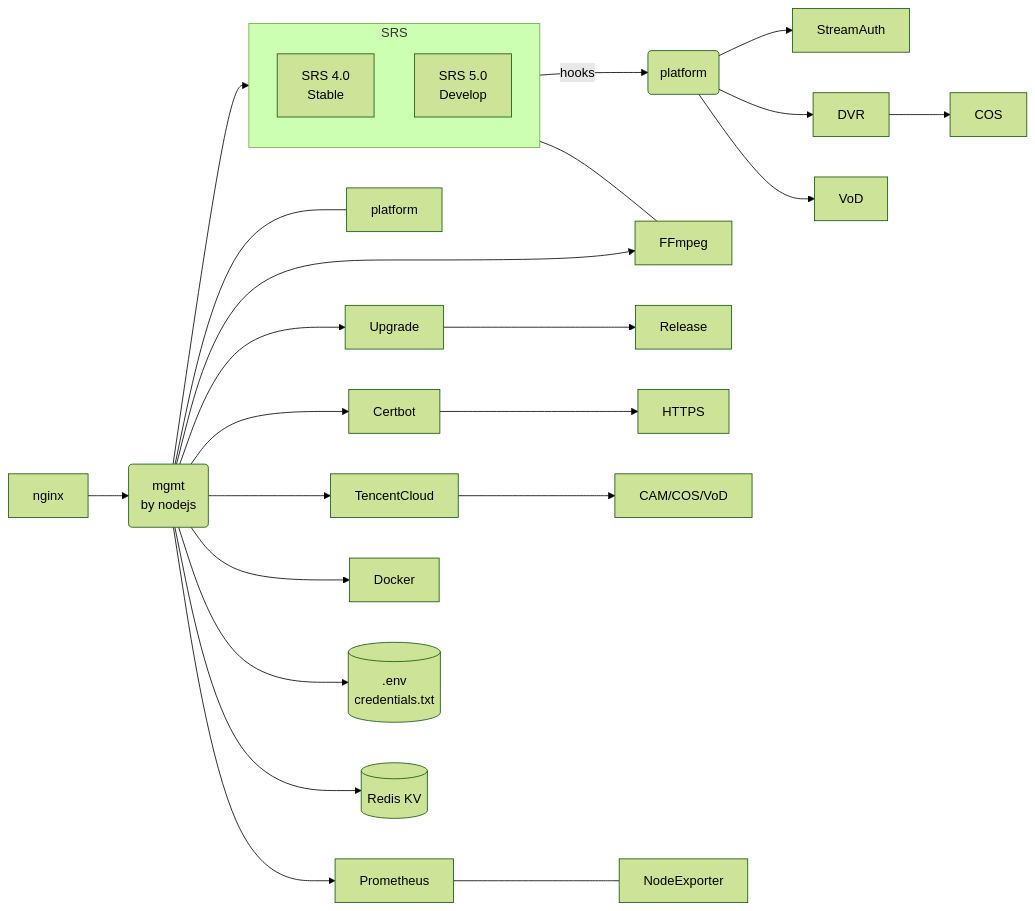
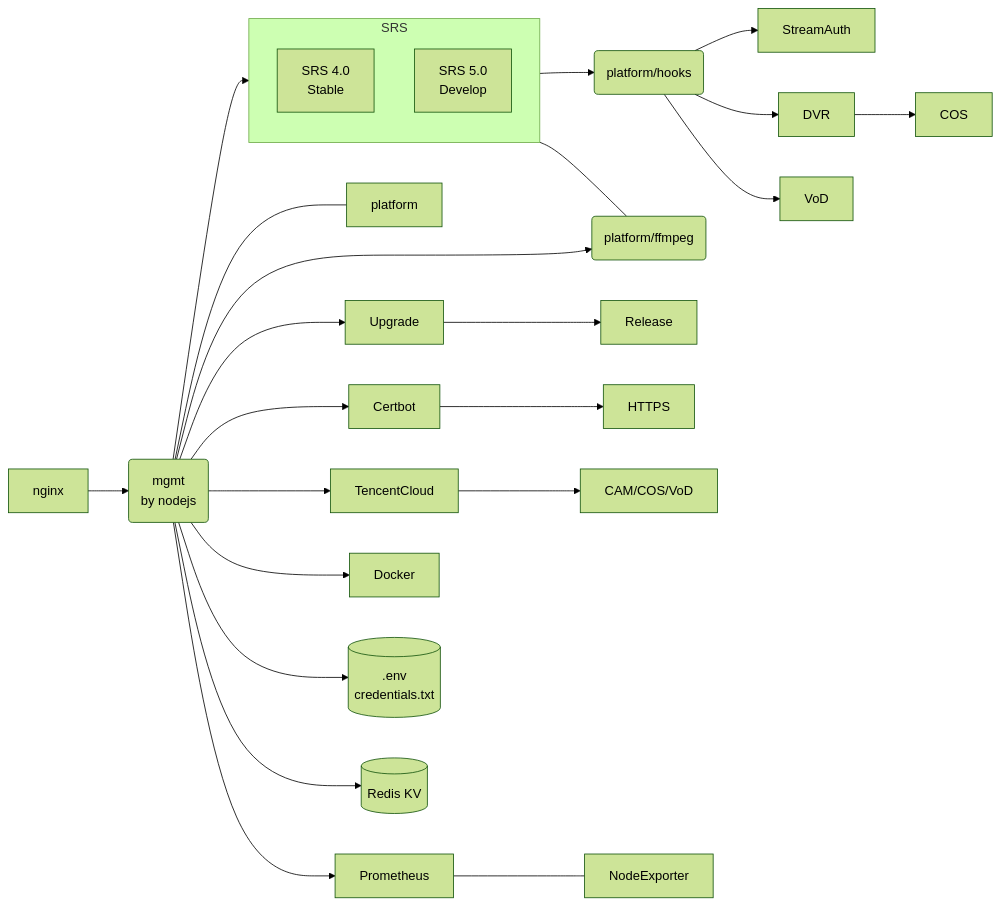
Before and after one commit to ossrs/oryx: the first of 2 diagrams in README.md, drawn with Mermaid (forest theme). The commit also changed other lines of this file and 26 other files, not shown here.

Commit message:
FFmpeg: Migrate ffmpeg to platform.

````diff
--- a/README.md
+++ b/README.md
@@ -29,20 +29,20 @@
 ```mermaid
 flowchart LR;
   nginx --> mgmt(mgmt<br/>by nodejs);
   subgraph SRS;
     SRSR[SRS 4.0<br/>Stable];
     SRSD[SRS 5.0<br/>Develop];
   end
-  mgmt --> SRS --hooks--> Hooks(platform) --> StreamAuth & DVR & VoD;
+  mgmt --> SRS --> Hooks(platform/hooks) --> StreamAuth & DVR & VoD;
   DVR --> COS;
-  mgmt --> FFmpeg;
+  mgmt --> FFmpeg(platform/ffmpeg);
   mgmt --- platform;
-  SRS --- FFmpeg;
+  SRS --- FFmpeg(platform/ffmpeg);
   mgmt --> Upgrade --> Release;
   mgmt --> Certbot --> HTTPS;
   mgmt --> TencentCloud --> CAM[CAM/COS/VoD];
   mgmt --> Prometheus --- NodeExporter;
   mgmt --> Docker;
   mgmt --> Env[(.env<br/>credentials.txt)];
   mgmt --> Redis[(Redis KV)];
 ```
````
